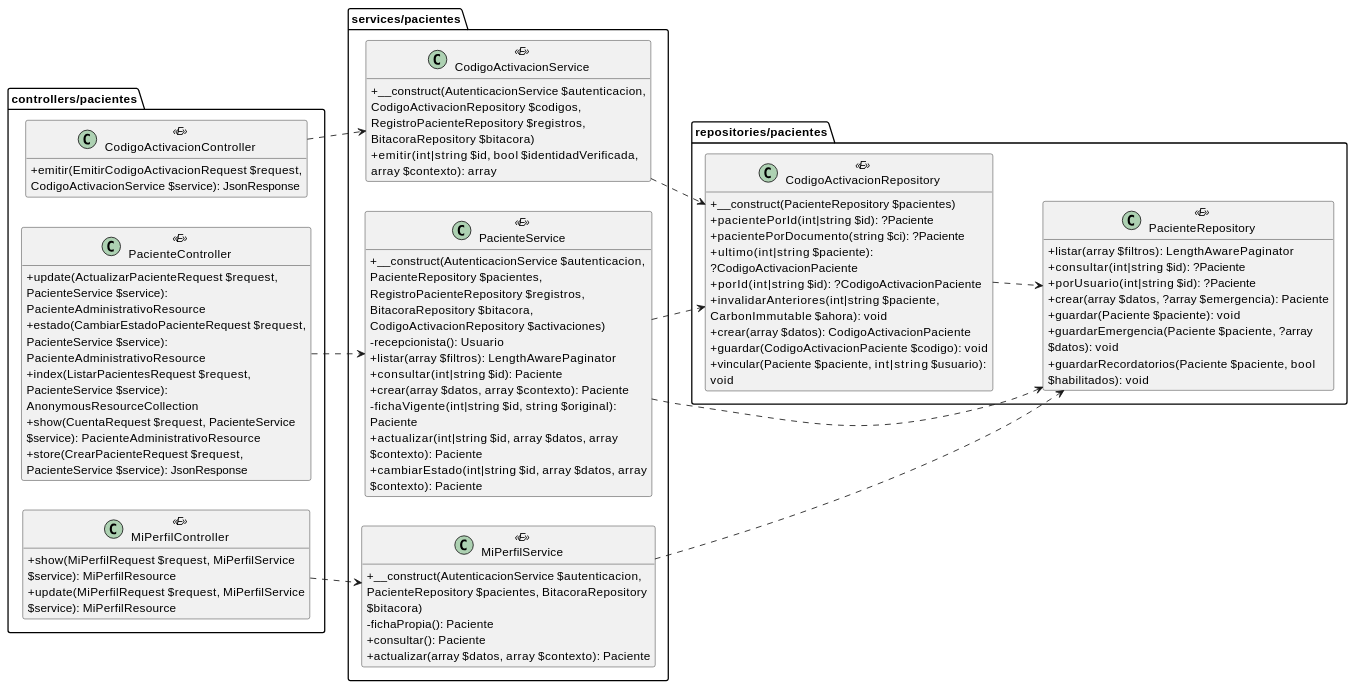
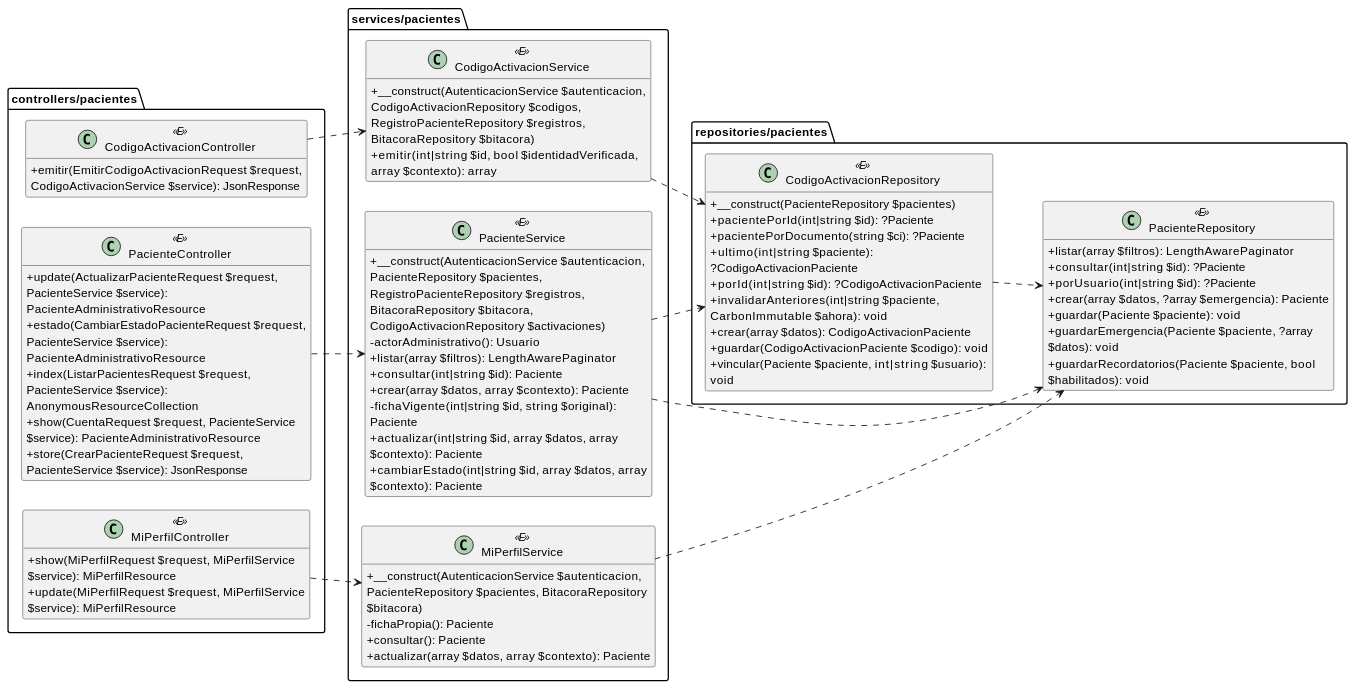
The fourth of 19 diagrams in docs/ai/diagrama-clases.md (CreepyBowDev/clinica-vida-salud), drawn with PlantUML before and after one commit. The commit also changed other lines of this file and 73 other files, not shown here.

````diff
--- a/docs/ai/diagrama-clases.md
+++ b/docs/ai/diagrama-clases.md
@@ -2470,76 +2474,76 @@
 ```plantuml
 @startuml CVS_pacientes
 skinparam classAttributeIconSize 0
 skinparam wrapWidth 350
 left to right direction
 hide empty attributes
 package "controllers/pacientes" {
 class CodigoActivacionController <<E>> {
   + emitir(EmitirCodigoActivacionRequest $request, CodigoActivacionService $service): JsonResponse
 }
 class MiPerfilController <<E>> {
   + show(MiPerfilRequest $request, MiPerfilService $service): MiPerfilResource
   + update(MiPerfilRequest $request, MiPerfilService $service): MiPerfilResource
 }
 class PacienteController <<E>> {
   + update(ActualizarPacienteRequest $request, PacienteService $service): PacienteAdministrativoResource
   + estado(CambiarEstadoPacienteRequest $request, PacienteService $service): PacienteAdministrativoResource
   + index(ListarPacientesRequest $request, PacienteService $service): AnonymousResourceCollection
   + show(CuentaRequest $request, PacienteService $service): PacienteAdministrativoResource
   + store(CrearPacienteRequest $request, PacienteService $service): JsonResponse
 }
 }
 package "services/pacientes" {
 class CodigoActivacionService <<E>> {
   + __construct(AutenticacionService $autenticacion, CodigoActivacionRepository $codigos, RegistroPacienteRepository $registros, BitacoraRepository $bitacora)
   + emitir(int|string $id, bool $identidadVerificada, array $contexto): array
 }
 class MiPerfilService <<E>> {
   + __construct(AutenticacionService $autenticacion, PacienteRepository $pacientes, BitacoraRepository $bitacora)
   - fichaPropia(): Paciente
   + consultar(): Paciente
   + actualizar(array $datos, array $contexto): Paciente
 }
 class PacienteService <<E>> {
   + __construct(AutenticacionService $autenticacion, PacienteRepository $pacientes, RegistroPacienteRepository $registros, BitacoraRepository $bitacora, CodigoActivacionRepository $activaciones)
-  - recepcionista(): Usuario
+  - actorAdministrativo(): Usuario
   + listar(array $filtros): LengthAwarePaginator
   + consultar(int|string $id): Paciente
   + crear(array $datos, array $contexto): Paciente
   - fichaVigente(int|string $id, string $original): Paciente
   + actualizar(int|string $id, array $datos, array $contexto): Paciente
   + cambiarEstado(int|string $id, array $datos, array $contexto): Paciente
 }
 }
 package "repositories/pacientes" {
 class CodigoActivacionRepository <<E>> {
   + __construct(PacienteRepository $pacientes)
   + pacientePorId(int|string $id): ?Paciente
   + pacientePorDocumento(string $ci): ?Paciente
   + ultimo(int|string $paciente): ?CodigoActivacionPaciente
   + porId(int|string $id): ?CodigoActivacionPaciente
   + invalidarAnteriores(int|string $paciente, CarbonImmutable $ahora): void
   + crear(array $datos): CodigoActivacionPaciente
   + guardar(CodigoActivacionPaciente $codigo): void
   + vincular(Paciente $paciente, int|string $usuario): void
 }
 class PacienteRepository <<E>> {
   + listar(array $filtros): LengthAwarePaginator
   + consultar(int|string $id): ?Paciente
   + porUsuario(int|string $id): ?Paciente
   + crear(array $datos, ?array $emergencia): Paciente
   + guardar(Paciente $paciente): void
   + guardarEmergencia(Paciente $paciente, ?array $datos): void
   + guardarRecordatorios(Paciente $paciente, bool $habilitados): void
 }
 }
 CodigoActivacionController ..> CodigoActivacionService
 MiPerfilController ..> MiPerfilService
 PacienteController ..> PacienteService
 CodigoActivacionService ..> CodigoActivacionRepository
 MiPerfilService ..> PacienteRepository
 PacienteService ..> PacienteRepository
 PacienteService ..> CodigoActivacionRepository
 CodigoActivacionRepository ..> PacienteRepository
 @enduml
 ```
````
